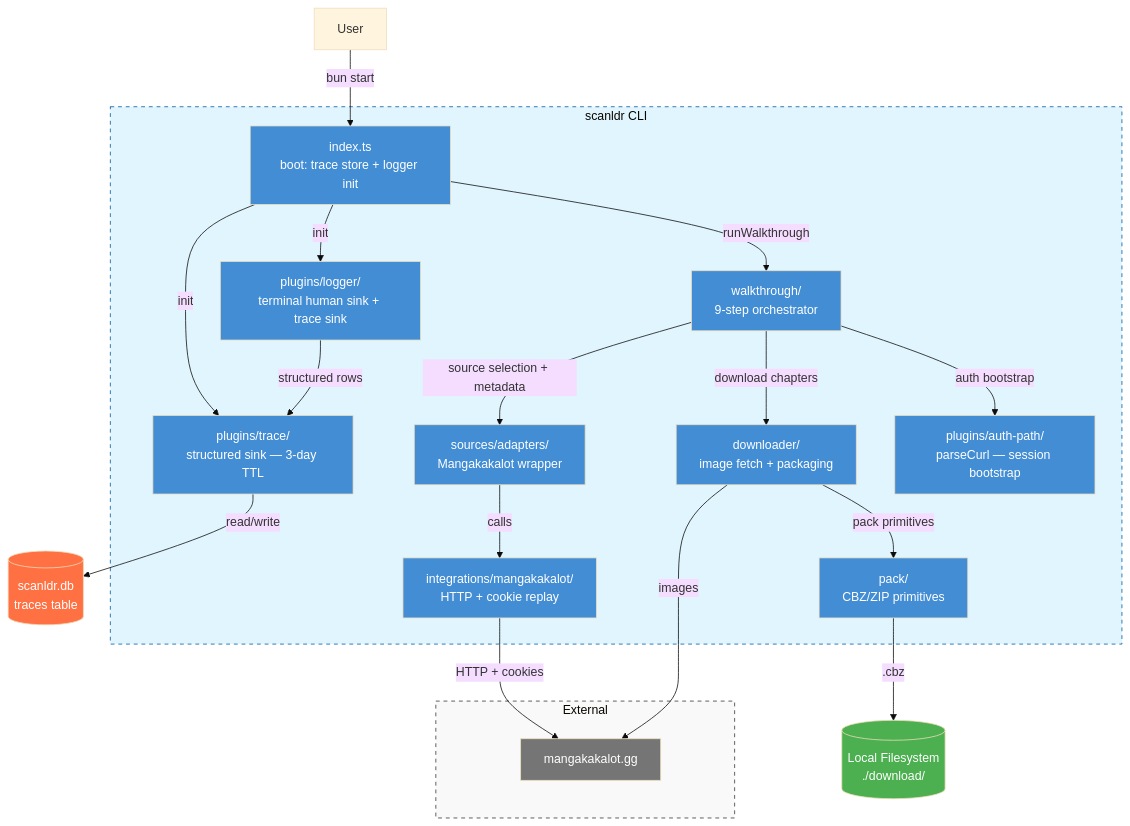
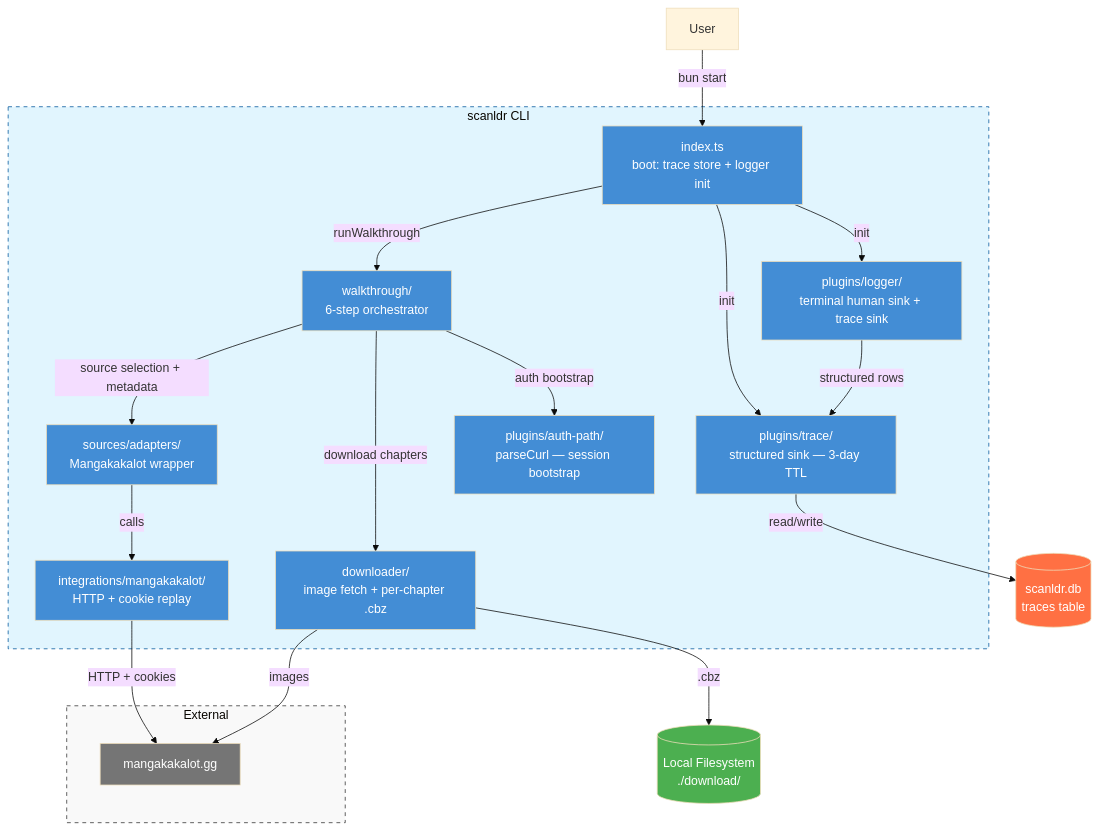
The second of 2 diagrams in docs/architecture_c4.md (malaquiasdev/scanldr), drawn with Mermaid (base theme) before and after one commit. The commit also changed other lines of this file and 41 other files, not shown here.

First line of the commit message:
refactor(walkthrough): retire volume download mode — chapter-only (Phase B) (#180)

````diff
--- a/docs/architecture_c4.md
+++ b/docs/architecture_c4.md
@@ -34,56 +34,53 @@
 ```mermaid
 graph TD
     User[User]
 
     subgraph scanldr [scanldr CLI]
         Index[index.ts<br/>boot: trace store + logger init]
-        Walkthrough[walkthrough/<br/>9-step orchestrator]
+        Walkthrough[walkthrough/<br/>6-step orchestrator]
         SourceAdapters[sources/adapters/<br/>Mangakakalot wrapper]
         MangakakalotClient[integrations/mangakakalot/<br/>HTTP + cookie replay]
-        Downloader[downloader/<br/>image fetch + packaging]
-        Pack[pack/<br/>CBZ/ZIP primitives]
+        Downloader[downloader/<br/>image fetch + per-chapter .cbz]
         TraceStore[plugins/trace/<br/>structured sink — 3-day TTL]
         Logger[plugins/logger/<br/>terminal human sink + trace sink]
         AuthPath[plugins/auth-path/<br/>parseCurl — session bootstrap]
     end
 
     subgraph External
         FallbackSite[mangakakalot.gg]
     end
 
     DB[(scanldr.db<br/>traces table)]
     FS[(Local Filesystem<br/>./download/)]
 
     User -->|bun start| Index
     Index -->|init| TraceStore
     Index -->|init| Logger
     Index -->|runWalkthrough| Walkthrough
 
     Walkthrough -->|source selection + metadata| SourceAdapters
     SourceAdapters -->|calls| MangakakalotClient
     MangakakalotClient -->|HTTP + cookies| FallbackSite
 
     Walkthrough -->|download chapters| Downloader
     Downloader -->|images| FallbackSite
-    Downloader -->|pack primitives| Pack
-    Pack -->|.cbz| FS
+    Downloader -->|.cbz| FS
 
     Walkthrough -->|auth bootstrap| AuthPath
     Logger -->|structured rows| TraceStore
     TraceStore -->|read/write| DB
 
     style scanldr fill:#e1f5fe,stroke:#01579b,stroke-dasharray: 5 5
     style External fill:#f9f9f9,stroke:#333,stroke-dasharray: 5 5
     style Index fill:#438dd5,color:#fff
     style Walkthrough fill:#438dd5,color:#fff
     style SourceAdapters fill:#438dd5,color:#fff
     style MangakakalotClient fill:#438dd5,color:#fff
     style Downloader fill:#438dd5,color:#fff
-    style Pack fill:#438dd5,color:#fff
     style TraceStore fill:#438dd5,color:#fff
     style Logger fill:#438dd5,color:#fff
     style AuthPath fill:#438dd5,color:#fff
     style FallbackSite fill:#757575,color:#fff
     style DB fill:#ff7043,color:#fff
     style FS fill:#4caf50,color:#fff
 ```
````
